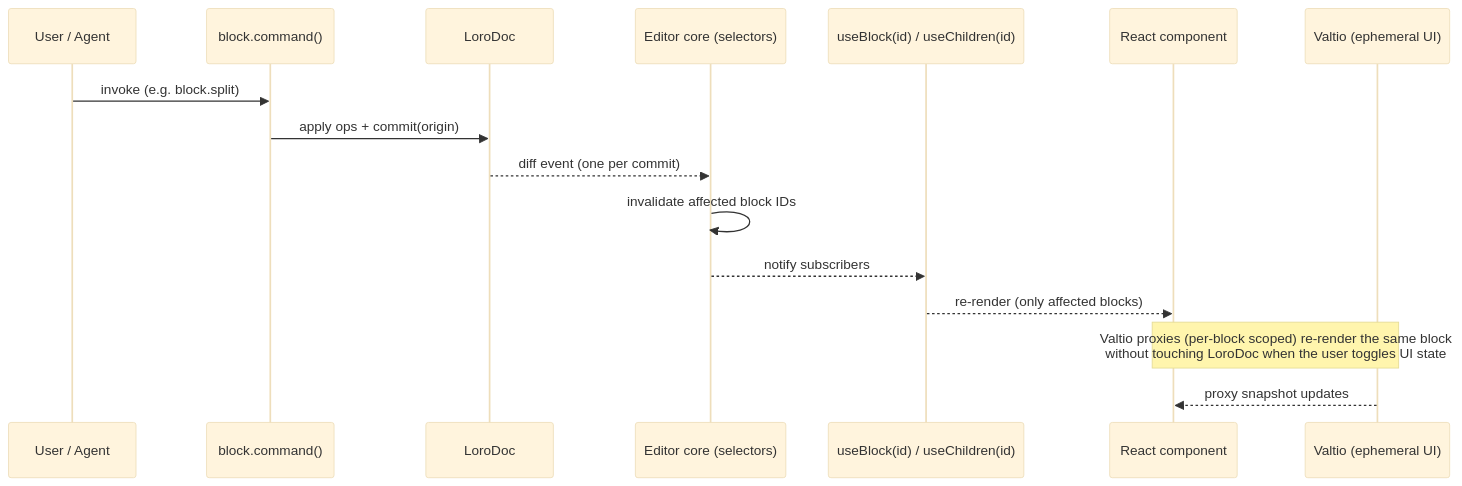
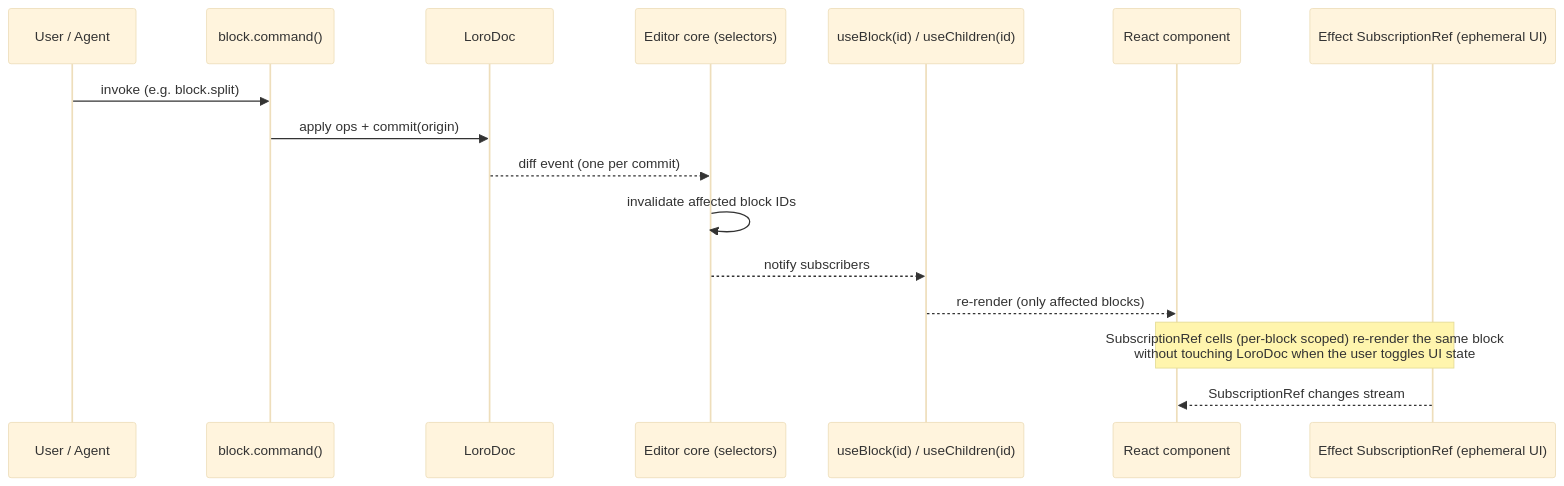
Before and after one commit to OpenHackersClub/weaver: the second of 2 diagrams in specs/block-model.md, drawn with Mermaid (base theme). The commit also changed other lines of this file and 7 other files, not shown here.

First line of the commit message:
docs: ADR 0007 — UI state on Effect-TS SubscriptionRef (drop Valtio)

````diff
--- a/specs/block-model.md
+++ b/specs/block-model.md
@@ -161,19 +161,19 @@
 ```mermaid
 sequenceDiagram
   participant U as User / Agent
   participant Cmd as block.command()
   participant L as LoroDoc
   participant Core as Editor core (selectors)
   participant H as useBlock(id) / useChildren(id)
   participant R as React component
-  participant V as Valtio (ephemeral UI)
+  participant V as Effect SubscriptionRef (ephemeral UI)
 
   U->>Cmd: invoke (e.g. block.split)
   Cmd->>L: apply ops + commit(origin)
   L-->>Core: diff event (one per commit)
   Core->>Core: invalidate affected block IDs
   Core-->>H: notify subscribers
   H-->>R: re-render (only affected blocks)
-  Note over V,R: Valtio proxies (per-block scoped) re-render the same block<br/>without touching LoroDoc when the user toggles UI state
-  V-->>R: proxy snapshot updates
+  Note over V,R: SubscriptionRef cells (per-block scoped) re-render the same block<br/>without touching LoroDoc when the user toggles UI state
+  V-->>R: SubscriptionRef changes stream
 ```
````
